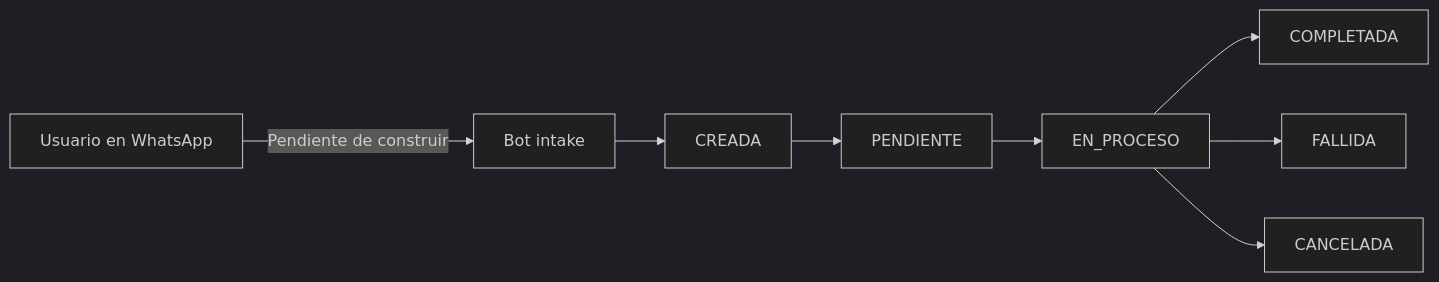
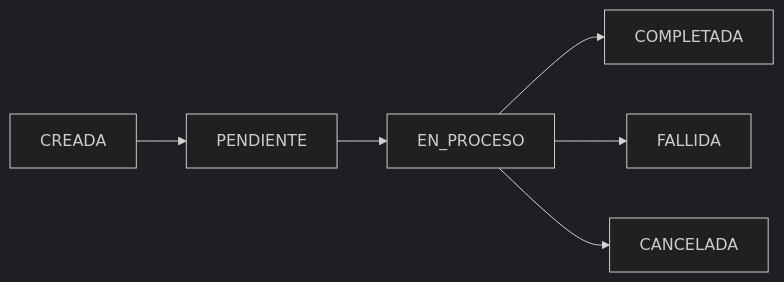
The first of 2 diagrams in README.md (SendaLabs/Senda.App), drawn with Mermaid (dark theme) before and after one commit. The commit also changed other lines of this file, not shown here.

First line of the commit message:
Rewrite README for Senda App + Business thesis and testnet contract.

````diff
--- a/README.md
+++ b/README.md
@@ -96,10 +85,8 @@
 ```mermaid
 flowchart LR
-  A[Usuario en WhatsApp] -->|Pendiente de construir| B[Bot intake]
-  B --> C[CREADA]
-  C --> D[PENDIENTE]
-  D --> E[EN_PROCESO]
-  E --> F[COMPLETADA]
-  E --> G[FALLIDA]
-  E --> H[CANCELADA]
+  A[CREADA] --> B[PENDIENTE]
+  B --> C[EN_PROCESO]
+  C --> D[COMPLETADA]
+  C --> E[FALLIDA]
+  C --> F[CANCELADA]
 ```
````
